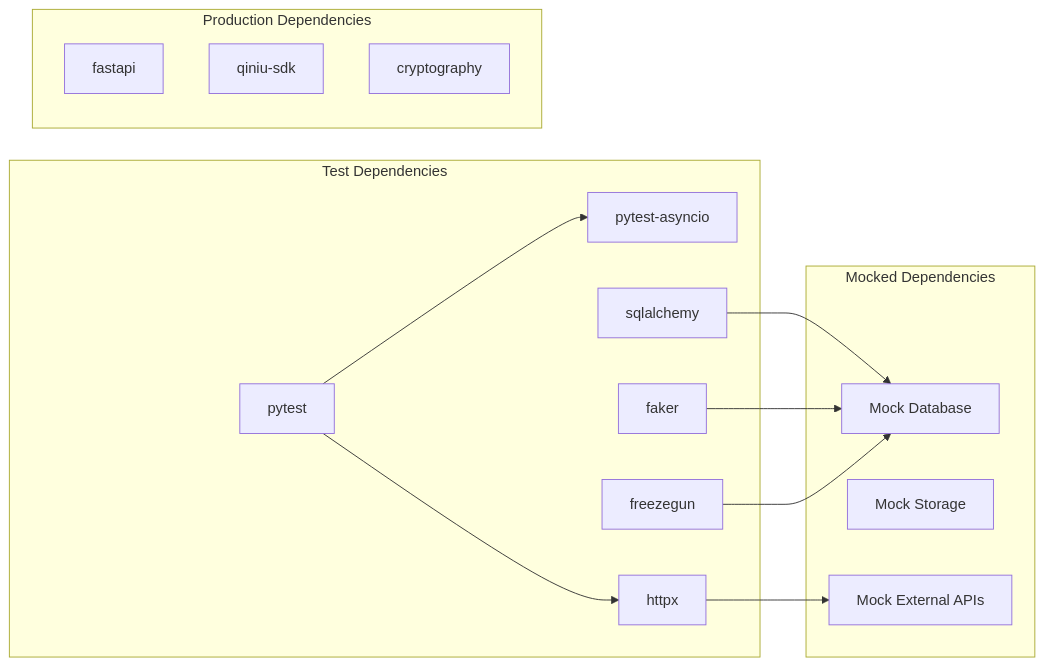
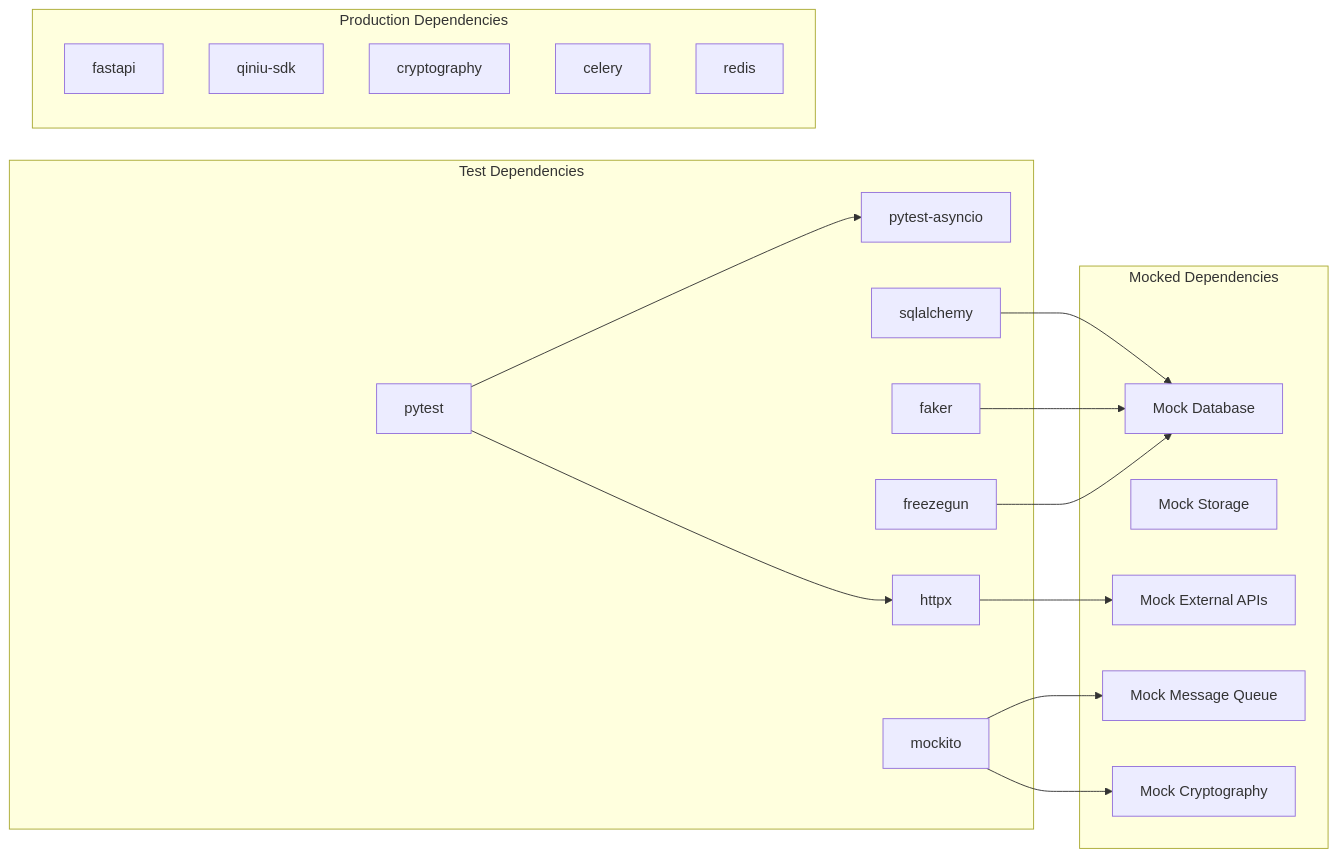
The eighth of 8 diagrams in .qoder/repowiki/en/content/Testing & Quality Assurance/Unit Testing.md (zuohaisu/wecom-archive), drawn with Mermaid before and after one commit. The commit also changed other lines of this file and 90 other files, not shown here.

````diff
--- a/.qoder/repowiki/en/content/Testing & Quality Assurance/Unit Testing.md
+++ b/.qoder/repowiki/en/content/Testing & Quality Assurance/Unit Testing.md
@@ -279,28 +406,35 @@
 ```mermaid
 graph LR
 subgraph "Test Dependencies"
 pytest["pytest"]
 pytest_asyncio["pytest-asyncio"]
 httpx["httpx"]
 sqlalchemy["sqlalchemy"]
 faker["faker"]
 freezegun["freezegun"]
+mockito["mockito"]
 end
 subgraph "Production Dependencies"
 fastapi["fastapi"]
 sqlalchemy["sqlalchemy"]
 qiniu["qiniu-sdk"]
 cryptography["cryptography"]
+celery["celery"]
+redis["redis"]
 end
 subgraph "Mocked Dependencies"
 mock_db["Mock Database"]
 mock_storage["Mock Storage"]
 mock_external["Mock External APIs"]
+mock_queue["Mock Message Queue"]
+mock_crypto["Mock Cryptography"]
 end
 pytest --> pytest_asyncio
 pytest --> httpx
 httpx --> mock_external
 sqlalchemy --> mock_db
 faker --> mock_db
 freezegun --> mock_db
+mockito --> mock_queue
+mockito --> mock_crypto
 ```
````
